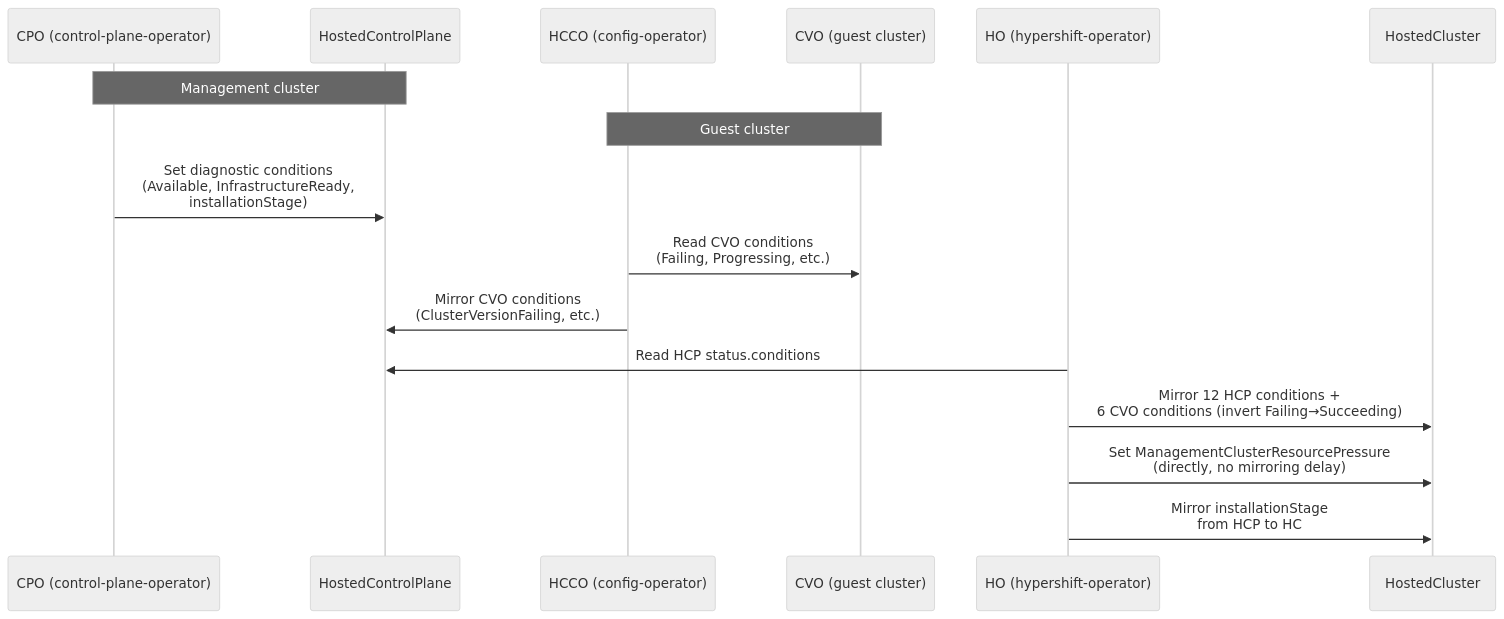
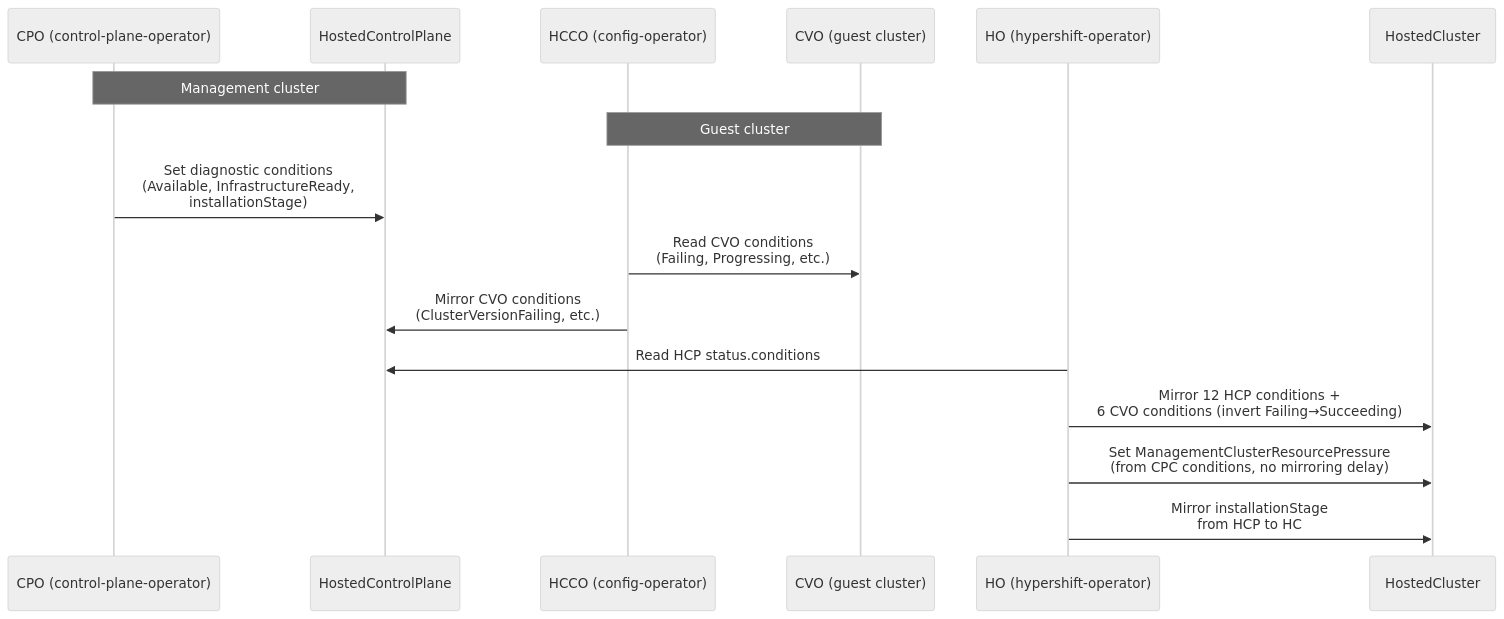
One commit to sdminonne/enhancements changed the first of 2 diagrams in enhancements/hypershift/installation-failure-debuggability.md. Above: the diagram before and after it, drawn with Mermaid (neutral theme). The commit also changed other lines of this file, not shown here.

First line of the commit message:
OCPSTRAT-1598: Update ManagementClusterResourcePressure to CPC-based approach

````diff
--- a/enhancements/hypershift/installation-failure-debuggability.md
+++ b/enhancements/hypershift/installation-failure-debuggability.md
@@ -266,20 +267,20 @@
 ```mermaid
 sequenceDiagram
     participant CPO as CPO (control-plane-operator)
     participant HCP as HostedControlPlane
     participant HCCO as HCCO (config-operator)
     participant CVO as CVO (guest cluster)
     participant HO as HO (hypershift-operator)
     participant HC as HostedCluster
 
     Note over CPO,HCP: Management cluster
     Note over HCCO,CVO: Guest cluster
 
     CPO->>HCP: Set diagnostic conditions<br/>(Available, InfrastructureReady,<br/>installationStage)
     HCCO->>CVO: Read CVO conditions<br/>(Failing, Progressing, etc.)
     HCCO->>HCP: Mirror CVO conditions<br/>(ClusterVersionFailing, etc.)
     HO->>HCP: Read HCP status.conditions
     HO->>HC: Mirror 12 HCP conditions +<br/>6 CVO conditions (invert Failing→Succeeding)
-    HO->>HC: Set ManagementClusterResourcePressure<br/>(directly, no mirroring delay)
+    HO->>HC: Set ManagementClusterResourcePressure<br/>(from CPC conditions, no mirroring delay)
     HO->>HC: Mirror installationStage<br/>from HCP to HC
 ```
````
